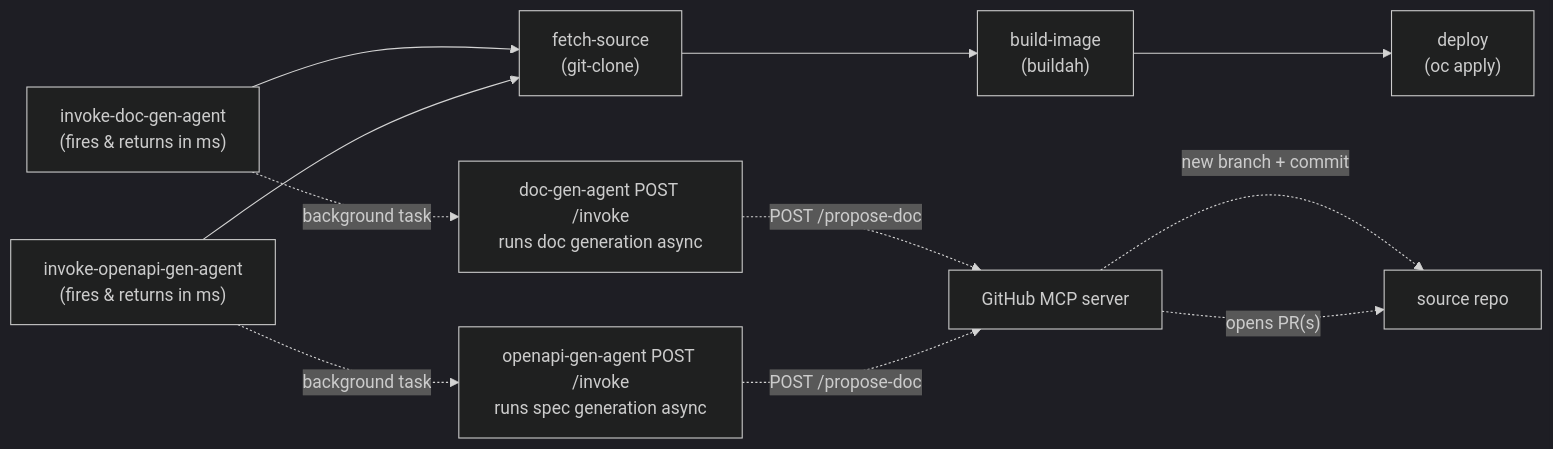
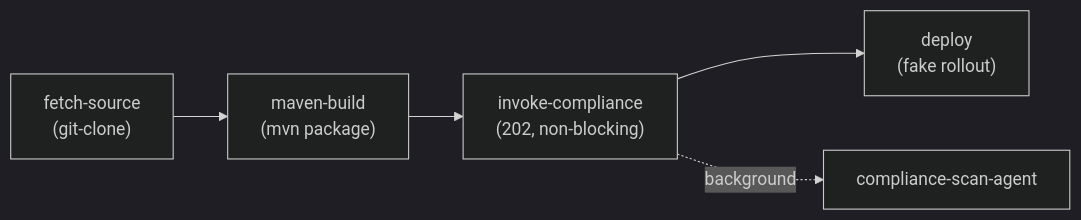
The second of 2 diagrams in README.md (matteo-grimaldi/agentic-doc-generation), drawn with Mermaid (dark theme) before and after one commit. The commit also changed other lines of this file and 26 other files, not shown here.

First line of the commit message:
Add RHDH PetClinic scaffold with Maven CI and Hub registration.

````diff
--- a/README.md
+++ b/README.md
@@ -1130,13 +1129,7 @@
 ```mermaid
 flowchart LR
-    invokeDocAgent["invoke-doc-gen-agent\n(fires & returns in ms)"] --> fetchSource["fetch-source\n(git-clone)"]
-    invokeApiAgent["invoke-openapi-gen-agent\n(fires & returns in ms)"] --> fetchSource
-    fetchSource --> buildImage["build-image\n(buildah)"]
-    buildImage --> deploy["deploy\n(oc apply)"]
-    invokeDocAgent -.->|"background task"| docAgentRun["doc-gen-agent POST /invoke\nruns doc generation async"]
-    invokeApiAgent -.->|"background task"| apiAgentRun["openapi-gen-agent POST /invoke\nruns spec generation async"]
-    docAgentRun -.->|"POST /propose-doc"| mcpPropose["GitHub MCP server"]
-    apiAgentRun -.->|"POST /propose-doc"| mcpPropose
-    mcpPropose -.->|"new branch + commit"| sourceRepo["source repo"]
-    mcpPropose -.->|"opens PR(s)"| sourceRepo
+    fetchSource["fetch-source\n(git-clone)"] --> mavenBuild["maven-build\n(mvn package)"]
+    mavenBuild --> invokeScan["invoke-compliance\n(202, non-blocking)"]
+    invokeScan --> deploy["deploy\n(fake rollout)"]
+    invokeScan -.->|"background"| scanAgentRun["compliance-scan-agent"]
 ```
````
